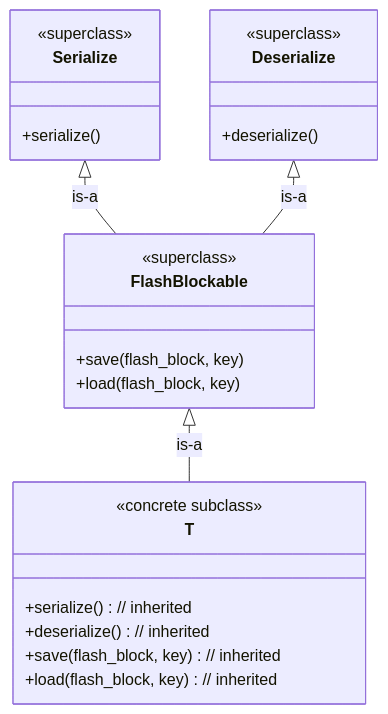
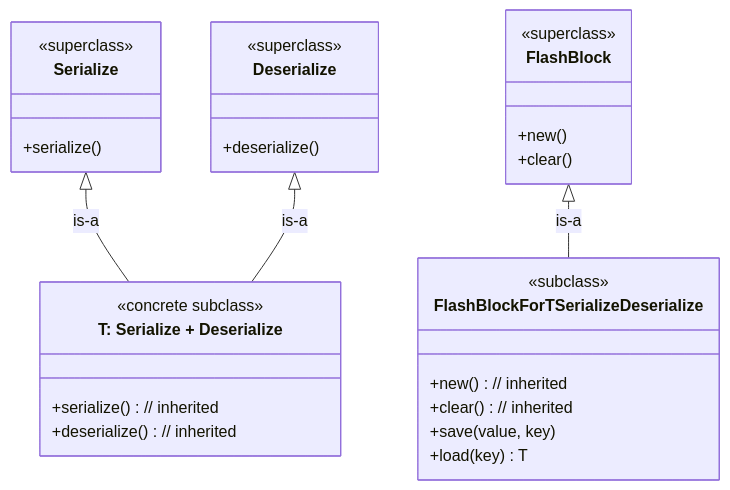
Before and after one commit to CarlKCarlK/inherit: the diagram in examples/9_puzzle.md, drawn with Mermaid. The commit also changed other lines of this file and 7 other files, not shown here.

````diff
--- a/examples/9_puzzle.md
+++ b/examples/9_puzzle.md
@@ -5,32 +5,38 @@
 ```mermaid
 classDiagram
     direction TB
-
-    class FlashBlockable {
-        <<superclass>>
-        +save(flash_block, key)
-        +load(flash_block, key)
-    }
 
     class Serialize {
         <<superclass>>
         +serialize()
     }
 
     class Deserialize {
         <<superclass>>
         +deserialize()
     }
 
-    class T {
+    class TConstrained["T: Serialize + Deserialize"] {
         <<concrete subclass>>
         +serialize() // inherited
         +deserialize() // inherited
-        +save(flash_block, key) // inherited
-        +load(flash_block, key) // inherited
     }
 
-    Serialize <|-- FlashBlockable : is-a
-    Deserialize <|-- FlashBlockable : is-a
-    FlashBlockable <|-- T : is-a
+    class FlashBlock {
+        <<superclass>>
+        +new()
+        +clear()
+    }
+
+    class FlashBlockForTSerializeDeserialize {
+        <<subclass>>
+        +new() // inherited
+        +clear() // inherited
+        +save(value, key)
+        +load(key) T
+    }
+
+    Serialize <|-- TConstrained : is-a
+    Deserialize <|-- TConstrained : is-a
+    FlashBlock <|-- FlashBlockForTSerializeDeserialize : is-a
 ```
````
